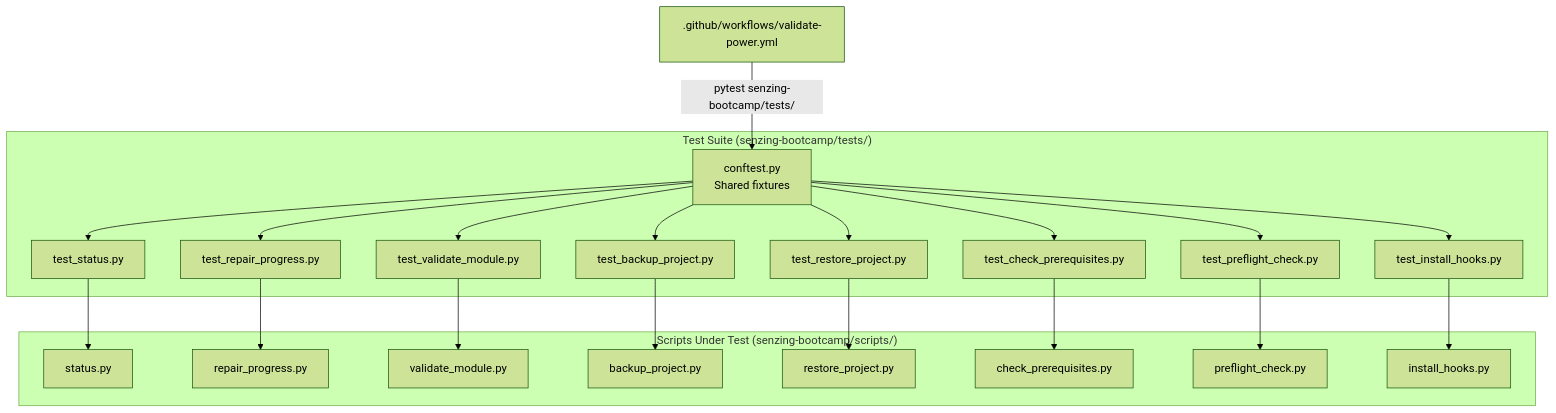
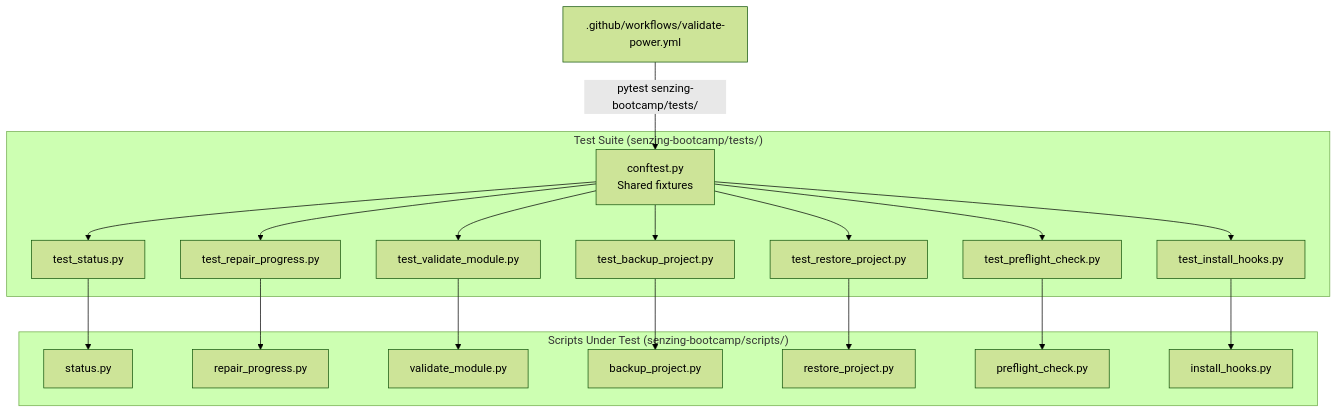
Before and after one commit to docktermj/senzing-bootcamp-kiro-powers: the diagram in .kiro/specs/script-test-suite/design.md, drawn with Mermaid (forest theme). The commit also changed other lines of this file and 84 other files, not shown here.

````diff
--- a/.kiro/specs/script-test-suite/design.md
+++ b/.kiro/specs/script-test-suite/design.md
@@ -13,37 +13,34 @@
 ```mermaid
 graph TD
     subgraph "Test Suite (senzing-bootcamp/tests/)"
         CONF[conftest.py<br/>Shared fixtures]
         T1[test_status.py]
         T2[test_repair_progress.py]
         T3[test_validate_module.py]
         T4[test_backup_project.py]
         T5[test_restore_project.py]
-        T6[test_check_prerequisites.py]
         T7[test_preflight_check.py]
         T8[test_install_hooks.py]
     end
 
     subgraph "Scripts Under Test (senzing-bootcamp/scripts/)"
         S1[status.py]
         S2[repair_progress.py]
         S3[validate_module.py]
         S4[backup_project.py]
         S5[restore_project.py]
-        S6[check_prerequisites.py]
         S7[preflight_check.py]
         S8[install_hooks.py]
     end
 
-    CONF --> T1 & T2 & T3 & T4 & T5 & T6 & T7 & T8
+    CONF --> T1 & T2 & T3 & T4 & T5 & T7 & T8
     T1 --> S1
     T2 --> S2
     T3 --> S3
     T4 --> S4
     T5 --> S5
-    T6 --> S6
     T7 --> S7
     T8 --> S8
 
     CI[".github/workflows/validate-power.yml"] --> |"pytest senzing-bootcamp/tests/"| CONF
 ```
````
